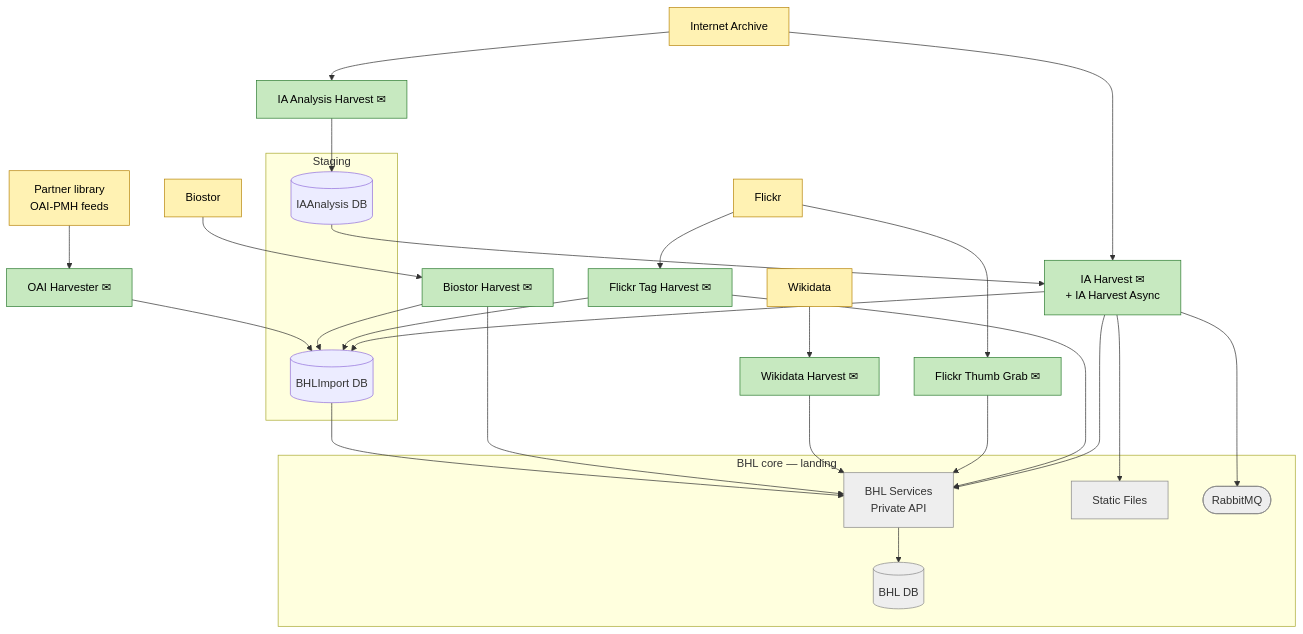
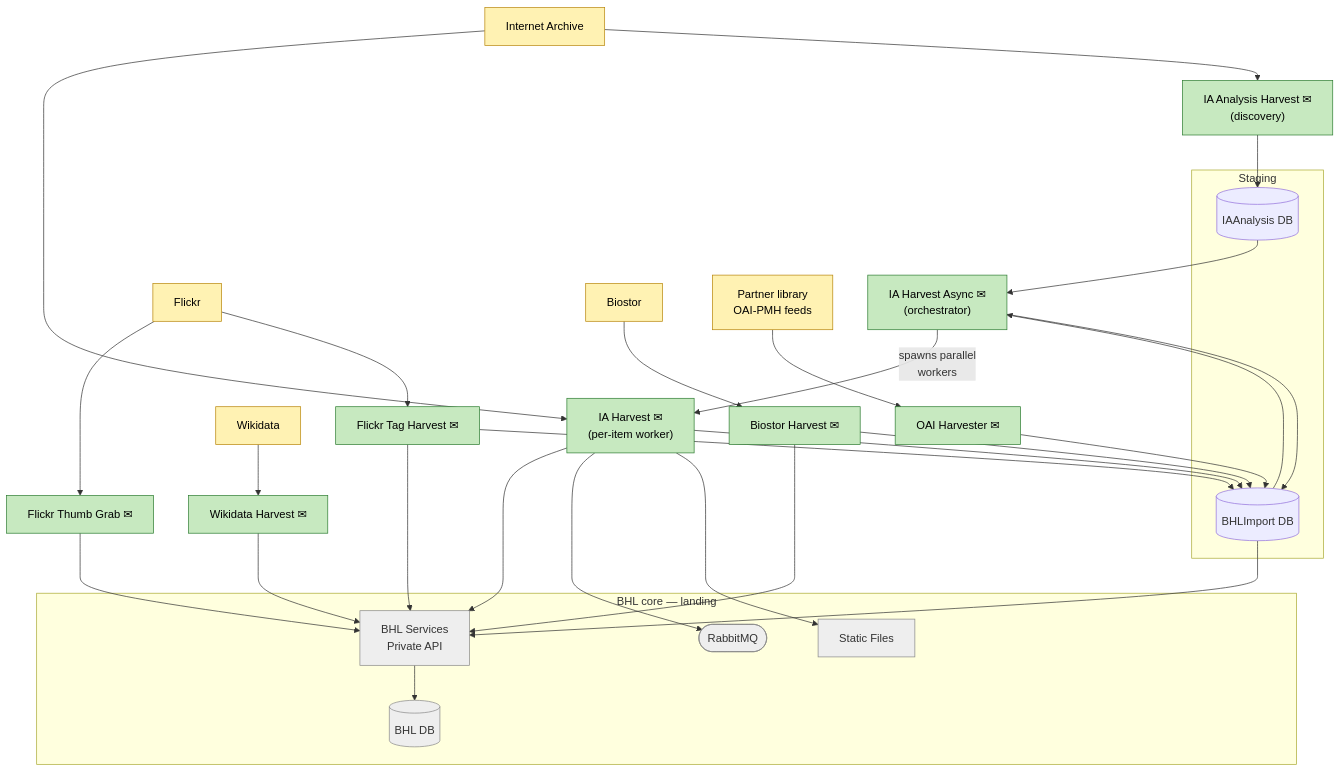
The diagram in diagrams/ingest.md (rdmpage/bhl-data-flows), drawn with Mermaid before and after one commit. The commit also changed other lines of this file, not shown here.

Commit message:
Split IA harvest trio into discovery / orchestrator / worker
IAAnalysisHarvest, IAHarvestAsync, and IAHarvest are three distinct
stages, not variants of one job. Discovery polls IA OAI into
IAAnalysis DB; the async orchestrator transfers items into BHLImport
DB's queue and spawns parallel IAHarvest worker processes; workers do
the per-item fetch/stage/publish. Draw all three as separate nodes
with a "spawns parallel workers" edge, and replace the two-stage
writeup with a three-stage one.

````diff
--- a/diagrams/ingest.md
+++ b/diagrams/ingest.md
@@ -7,71 +7,75 @@
 ```mermaid
 flowchart TD
     %% --- External sources ---
     IA[Internet Archive]
     Flickr[Flickr]
     WD[Wikidata]
     Biostor[Biostor]
     PartnerOAI[Partner library<br/>OAI-PMH feeds]
 
     %% --- Harvesters (✉ = posts admin notification via Private API /v1/Email) ---
-    IAAnal["IA Analysis Harvest ✉"]
-    IAH["IA Harvest ✉<br/>+ IA Harvest Async"]
+    IAAnal["IA Analysis Harvest ✉<br/>(discovery)"]
+    IAHAsync["IA Harvest Async ✉<br/>(orchestrator)"]
+    IAH["IA Harvest ✉<br/>(per-item worker)"]
     FlickrTag["Flickr Tag Harvest ✉"]
     FlickrThumb["Flickr Thumb Grab ✉"]
     WDH["Wikidata Harvest ✉"]
     BiostorH["Biostor Harvest ✉"]
     OAIH["OAI Harvester ✉"]
 
     %% --- Staging databases ---
     subgraph Staging["Staging"]
         IAAnalDB[(IAAnalysis DB)]
         ImportDB[(BHLImport DB)]
     end
 
     %% --- BHL-core landing points (muted; see Process / Serve diagrams) ---
     subgraph Landing["BHL core — landing"]
         PrivAPI[BHL Services<br/>Private API]
         BHLDB[(BHL DB)]
         Files[Static Files]
         MQ([RabbitMQ])
     end
 
     %% --- Source -> harvester ---
     IA --> IAAnal
     IA --> IAH
     Flickr --> FlickrTag
     Flickr --> FlickrThumb
     WD --> WDH
     Biostor --> BiostorH
     PartnerOAI --> OAIH
 
-    %% --- Two-stage IA path: Analysis writes the signal IA Harvest then acts on ---
+    %% --- Three-stage IA pipeline: discovery -> orchestration -> per-item work ---
     IAAnal --> IAAnalDB
-    IAAnalDB --> IAH
+    IAAnalDB --> IAHAsync
+    ImportDB --> IAHAsync
+    IAHAsync --> ImportDB
+    IAHAsync -- "spawns parallel<br/>workers" --> IAH
 
-    %% --- Harvester destinations ---
+    %% --- Worker destinations ---
     IAH --> ImportDB
     IAH --> Files
     IAH --> MQ
     IAH --> PrivAPI
 
     FlickrTag --> ImportDB
     FlickrTag --> PrivAPI
     FlickrThumb --> PrivAPI
     WDH --> PrivAPI
     BiostorH --> ImportDB
     BiostorH --> PrivAPI
     OAIH --> ImportDB
 
     %% --- Staging -> production promotion ---
     ImportDB --> PrivAPI
     PrivAPI --> BHLDB
 
     %% --- Styling ---
     classDef source fill:#fff2b3,stroke:#b8860b,color:#000;
     classDef harvester fill:#c7e9c0,stroke:#2e7d32,color:#000;
     classDef boundary fill:#eeeeee,stroke:#888,color:#333;
     class IA,Flickr,WD,Biostor,PartnerOAI source;
-    class IAAnal,IAH,FlickrTag,FlickrThumb,WDH,BiostorH,OAIH harvester;
+    class IAAnal,IAHAsync,IAH,FlickrTag,FlickrThumb,WDH,BiostorH,OAIH harvester;
     class PrivAPI,BHLDB,Files,MQ boundary;
 ```
````
